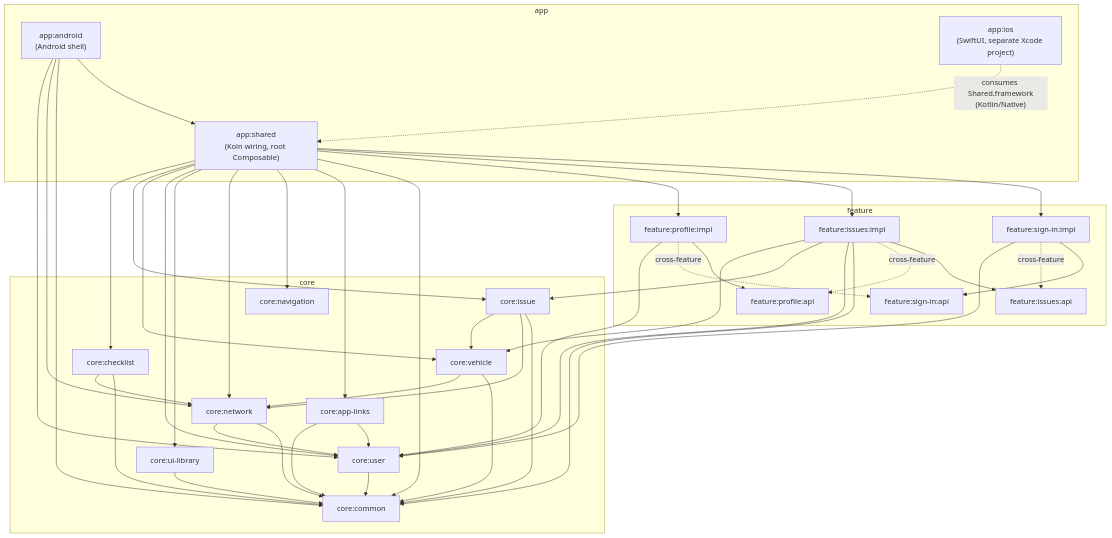
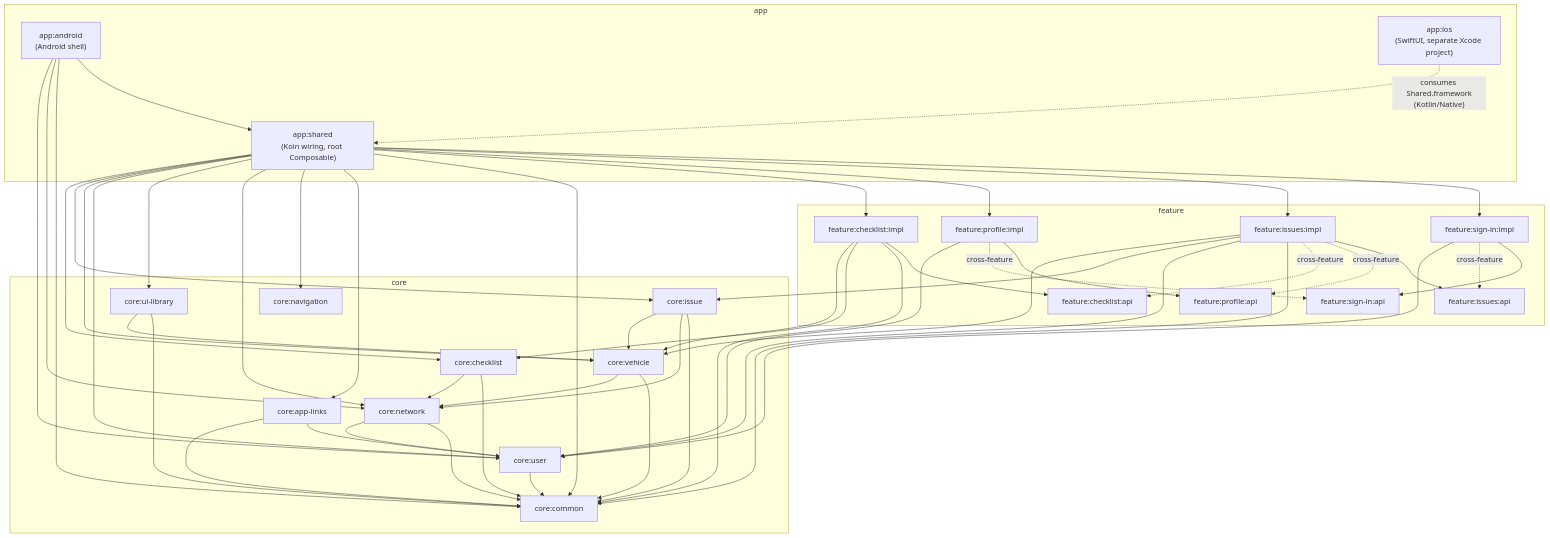
One commit to piskula/TruckerTracker changed the diagram in app/README.md. Above: the diagram before and after it, drawn with Mermaid. The commit also changed 53 other files, not shown here.

First line of the commit message:
Add checklist feature UI

````diff
--- a/app/README.md
+++ b/app/README.md
@@ -229,6 +229,8 @@
         issuesImpl["feature:issues:impl"]
         profileApi["feature:profile:api"]
         profileImpl["feature:profile:impl"]
+        checklistApi["feature:checklist:api"]
+        checklistImpl["feature:checklist:impl"]
     end
 
     subgraph Core["core"]
@@ -252,6 +254,7 @@
     shared --> signInImpl
     shared --> issuesImpl
     shared --> profileImpl
+    shared --> checklistImpl
     shared --> common
     shared --> appLinks
     appLinks --> user
@@ -267,9 +270,11 @@
     signInImpl --> signInApi
     issuesImpl --> issuesApi
     profileImpl --> profileApi
+    checklistImpl --> checklistApi
 
     signInImpl -.->|cross-feature| issuesApi
     issuesImpl -.->|cross-feature| profileApi
+    issuesImpl -.->|cross-feature| checklistApi
     profileImpl -.->|cross-feature| signInApi
 
     signInImpl --> user
@@ -278,6 +283,9 @@
     issuesImpl --> issue
     issuesImpl --> vehicle
     profileImpl --> user
+    checklistImpl --> common
+    checklistImpl --> checklist
+    checklistImpl --> vehicle
 
     network --> common
     network --> user
@@ -290,4 +298,5 @@
     checklist --> network
     user --> common
     uiLibrary --> common
+    uiLibrary --> vehicle
 ```
````
